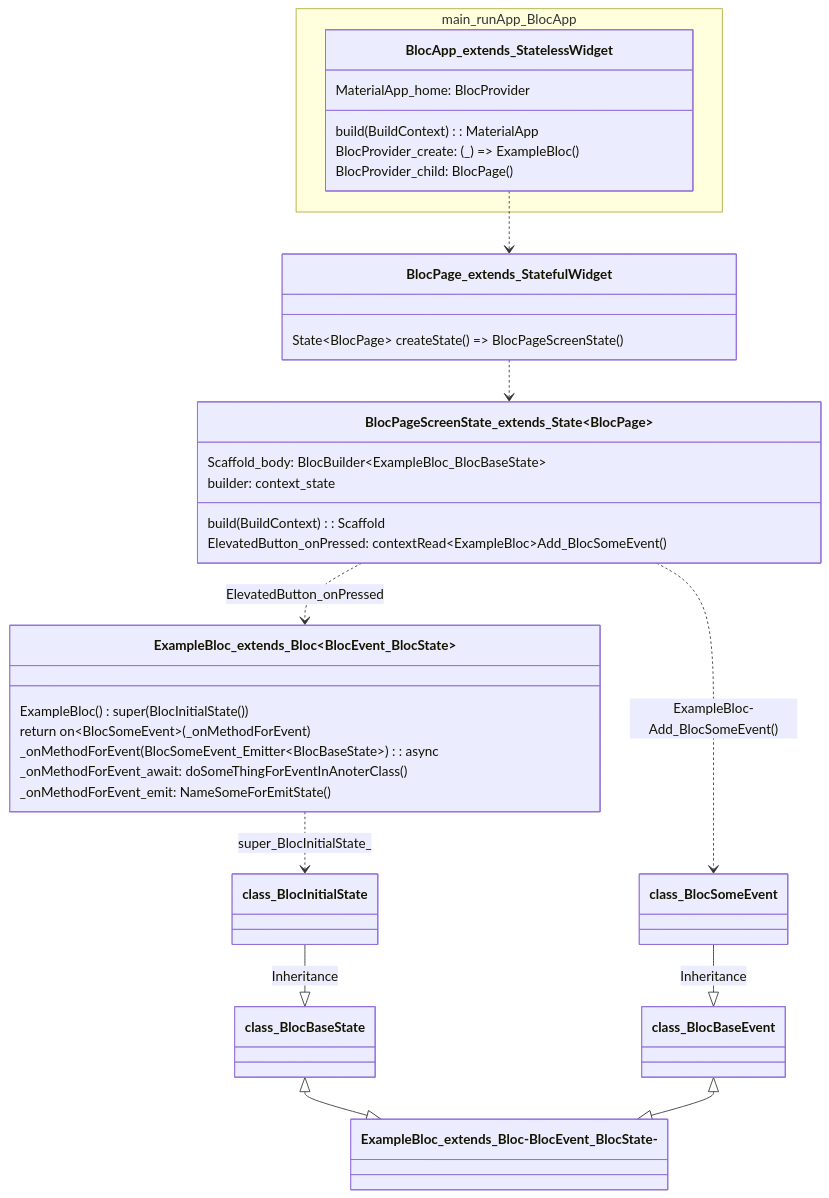
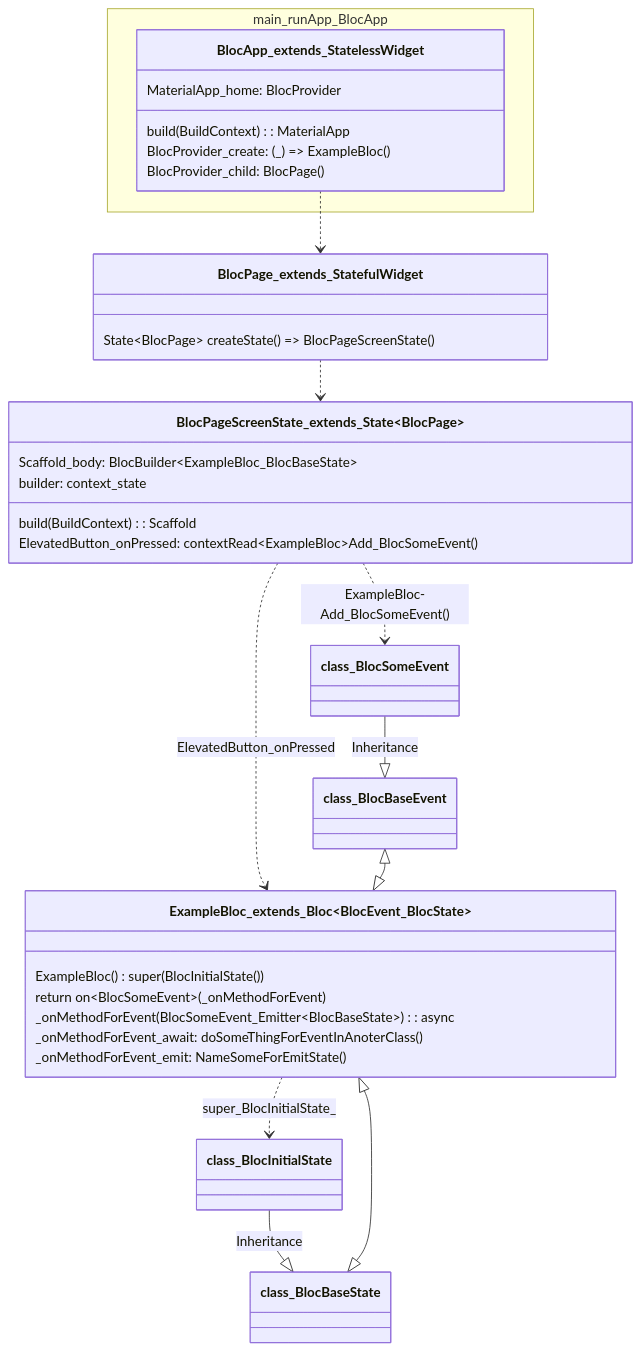
One commit to MartyMcAir/dart_experimental changed the diagram in a_base/code_concepts/lib/mmd/bloc_provider.mmd. Above: the diagram before and after it, drawn with Mermaid. The commit also changed 1 other file, not shown here.

Commit message:
upd bloc_provider.mmd

```diff
--- a/a_base/code_concepts/lib/mmd/bloc_provider.mmd
+++ b/a_base/code_concepts/lib/mmd/bloc_provider.mmd
@@ -1,42 +1,41 @@
 classDiagram
     BlocApp_extends_StatelessWidget ..> BlocPage_extends_StatefulWidget
     BlocPage_extends_StatefulWidget ..> BlocPageScreenState_extends_State~BlocPage~
     BlocPageScreenState_extends_State~BlocPage~ ..> ExampleBloc_extends_Bloc~BlocEvent_BlocState~ : ElevatedButton_onPressed
 
     BlocPageScreenState_extends_State~BlocPage~ ..> class_BlocSomeEvent : ExampleBloc-Add_BlocSomeEvent()
     ExampleBloc_extends_Bloc~BlocEvent_BlocState~ ..> class_BlocInitialState : super_BlocInitialState_
 
-
   class_BlocInitialState --|> class_BlocBaseState : Inheritance
   class_BlocSomeEvent --|> class_BlocBaseEvent : Inheritance
 
-  class_BlocBaseState <|--|> ExampleBloc_extends_Bloc-BlocEvent_BlocState-
-  class_BlocBaseEvent <|--|> ExampleBloc_extends_Bloc-BlocEvent_BlocState-
+  class_BlocBaseState <|--|> ExampleBloc_extends_Bloc~BlocEvent_BlocState~
+  class_BlocBaseEvent <|--|> ExampleBloc_extends_Bloc~BlocEvent_BlocState~
 
 namespace main_runApp_BlocApp {
     class BlocApp_extends_StatelessWidget {
       build(BuildContext) : MaterialApp
       MaterialApp_home: BlocProvider
       BlocProvider_create: (_) => ExampleBloc()
       BlocProvider_child: BlocPage()
     }
 }
 
     class BlocPage_extends_StatefulWidget {
       State~BlocPage~ createState() => BlocPageScreenState()
     }
 
     class BlocPageScreenState_extends_State~BlocPage~ {
     build(BuildContext) : Scaffold
     Scaffold_body: BlocBuilder~ExampleBloc_BlocBaseState~
     builder: context_state
     ElevatedButton_onPressed: contextRead~ExampleBloc~Add_BlocSomeEvent()
     }
 
     class ExampleBloc_extends_Bloc~BlocEvent_BlocState~ {
     ExampleBloc() : super(BlocInitialState())
     return on~BlocSomeEvent~(_onMethodForEvent)
     _onMethodForEvent(BlocSomeEvent_Emitter~BlocBaseState~) : async
     _onMethodForEvent_await: doSomeThingForEventInAnoterClass()
     _onMethodForEvent_emit: NameSomeForEmitState()
     }
```
